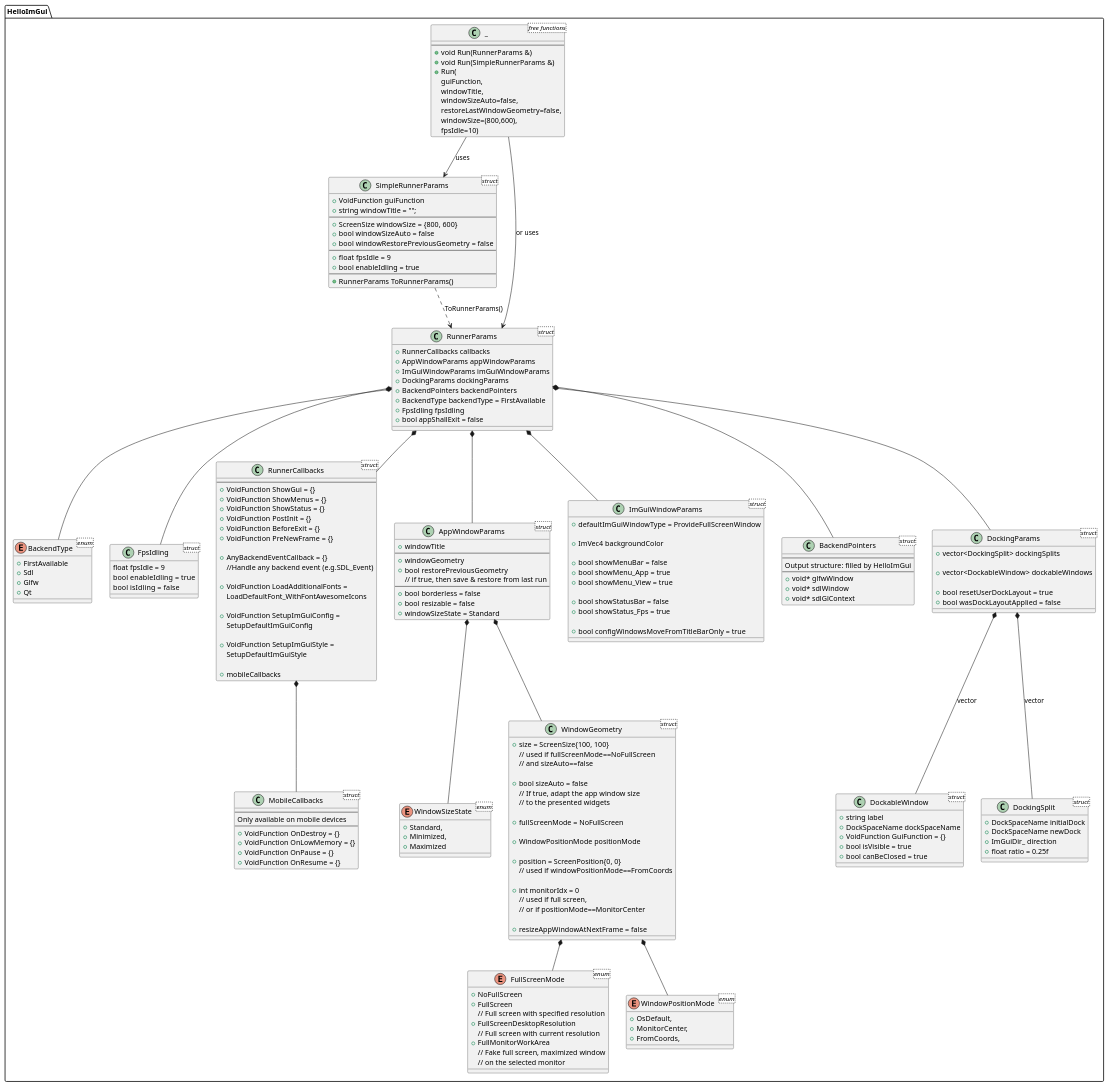
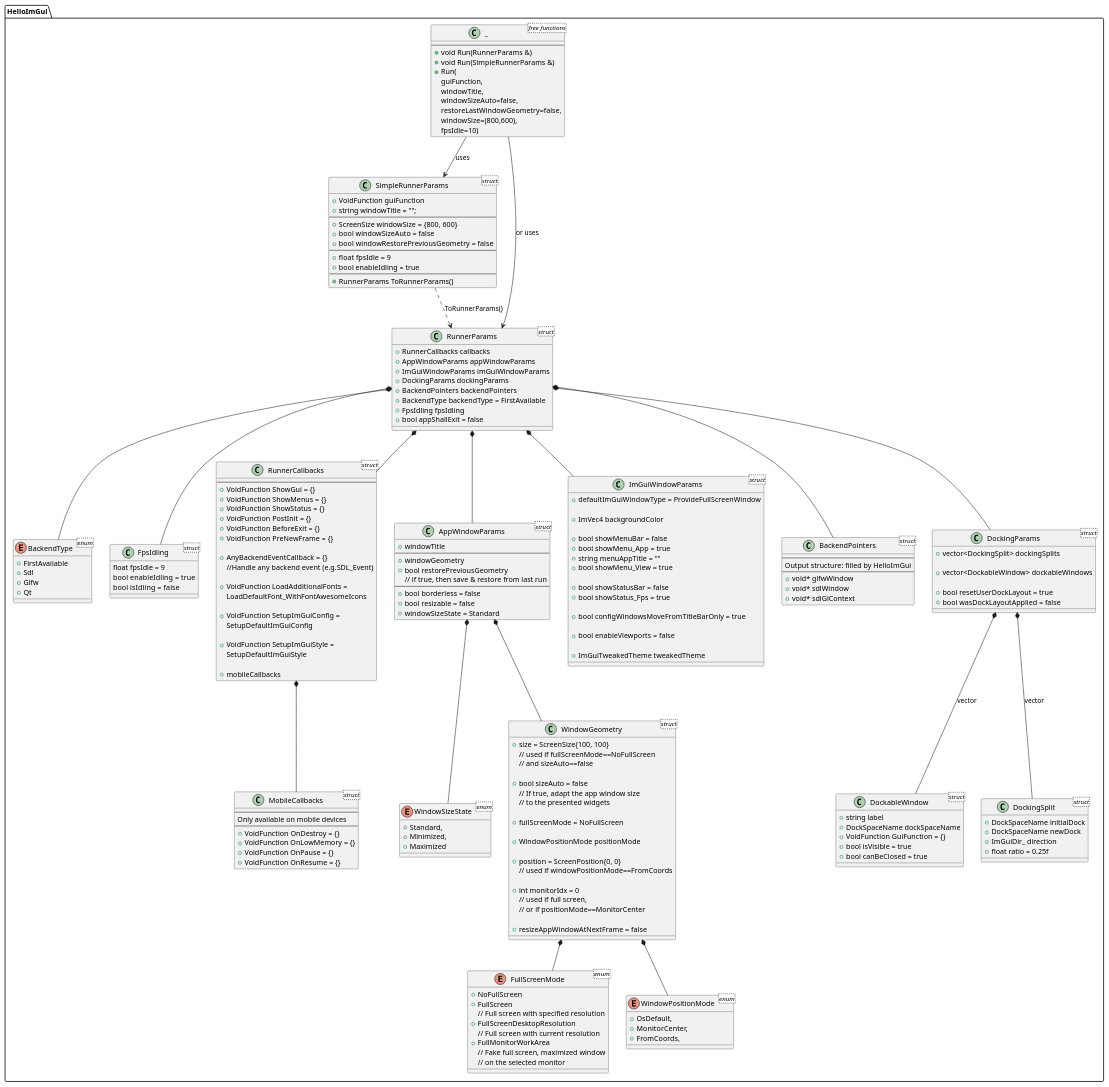
The diagram in src/hello_imgui/doc_src/hello_imgui_diagram.puml (pthom/hello_imgui), drawn with PlantUML before and after one commit. The commit also changed 3 other files, not shown here.

Commit message:
Add ImguiWindowParams::menuAppTitle

```diff
--- a/src/hello_imgui/doc_src/hello_imgui_diagram.puml
+++ b/src/hello_imgui/doc_src/hello_imgui_diagram.puml
@@ -170,12 +170,17 @@
 
     + bool showMenuBar = false
     + bool showMenu_App = true
+    + string menuAppTitle = ""
     + bool showMenu_View = true
 
     + bool showStatusBar = false
     + bool showStatus_Fps = true
 
     + bool configWindowsMoveFromTitleBarOnly = true
+
+    + bool enableViewports = false
+
+    + ImGuiTweakedTheme tweakedTheme
 }
 
 class BackendPointers <struct> {
```
